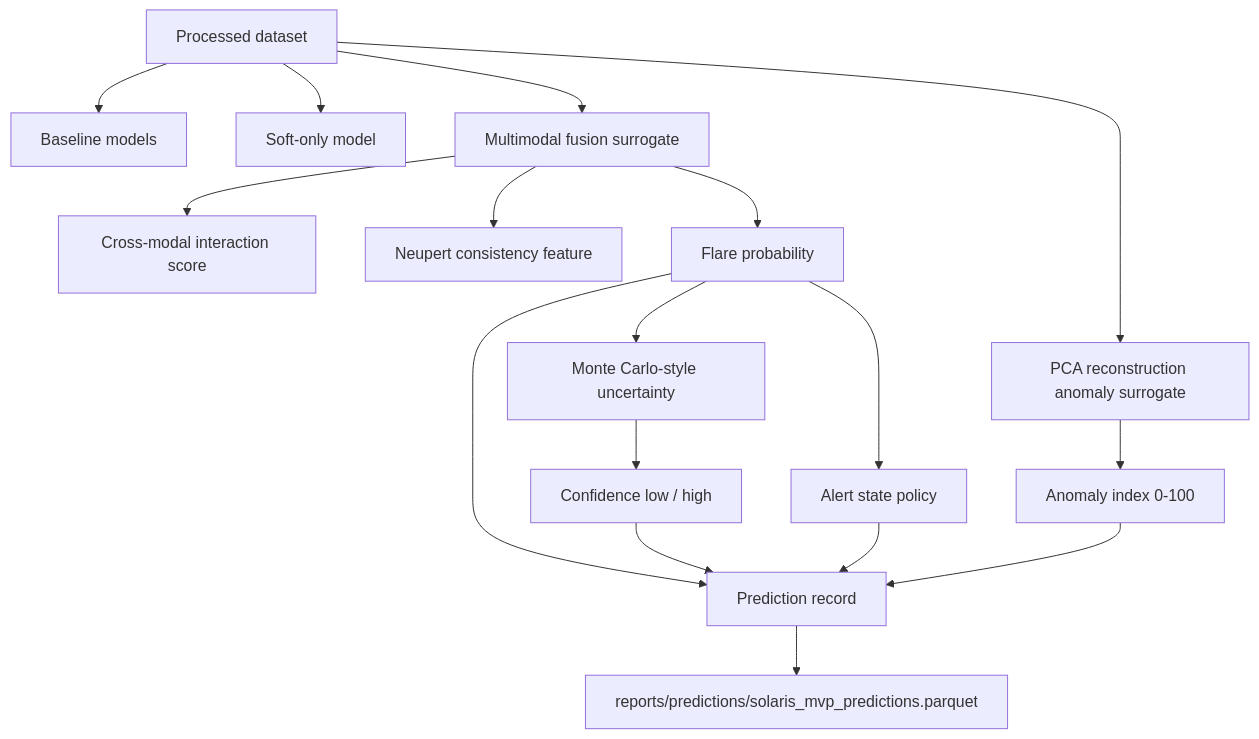
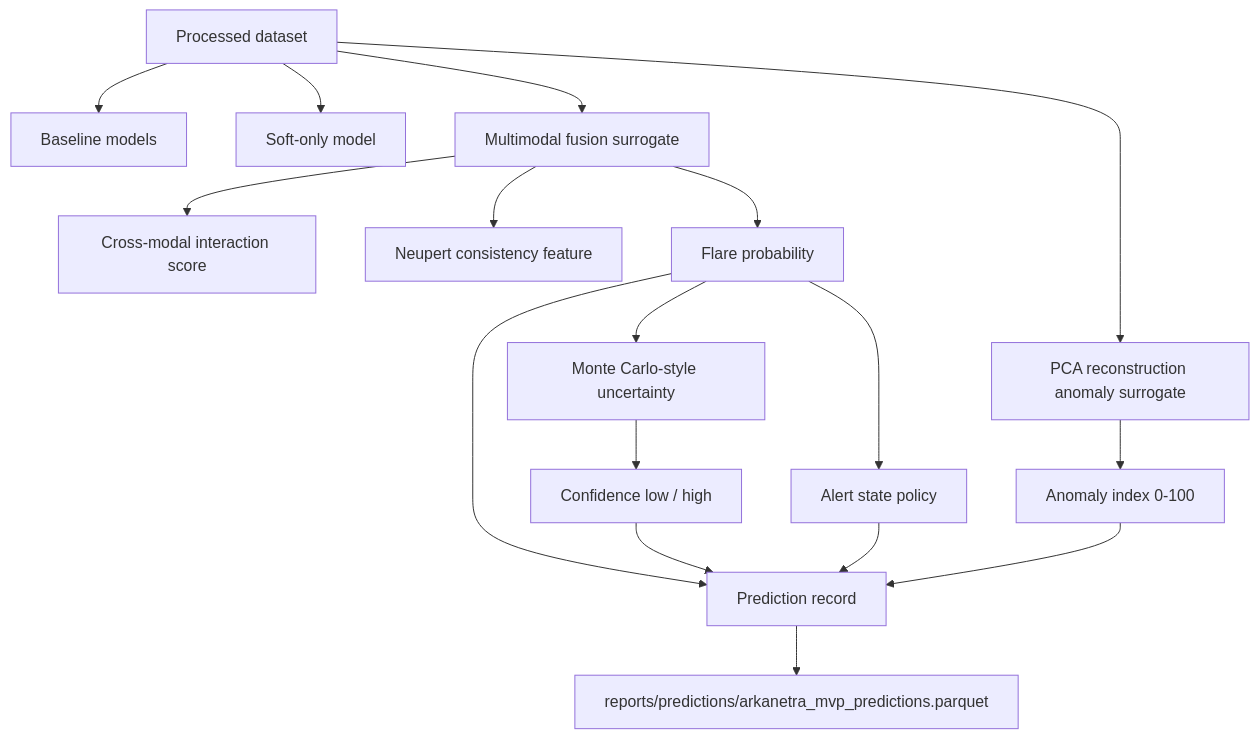
Before and after one commit to RavaniRoshan/arka-netra: the fifth of 13 diagrams in explanation.md, drawn with Mermaid. The commit also changed other lines of this file and 153 other files, not shown here.

````diff
--- a/explanation.md
+++ b/explanation.md
@@ -130,23 +130,23 @@
 ```mermaid
 flowchart TD
     A["Processed dataset"] --> B["Baseline models"]
     A --> C["Soft-only model"]
     A --> D["Multimodal fusion surrogate"]
 
     D --> E["Cross-modal interaction score"]
     D --> F["Neupert consistency feature"]
     D --> G["Flare probability"]
 
     G --> H["Monte Carlo-style uncertainty"]
     H --> I["Confidence low / high"]
     G --> J["Alert state policy"]
 
     A --> K["PCA reconstruction anomaly surrogate"]
     K --> L["Anomaly index 0-100"]
 
     G --> M["Prediction record"]
     I --> M
     J --> M
     L --> M
-    M --> N["reports/predictions/solaris_mvp_predictions.parquet"]
+    M --> N["reports/predictions/arkanetra_mvp_predictions.parquet"]
 ```
````
